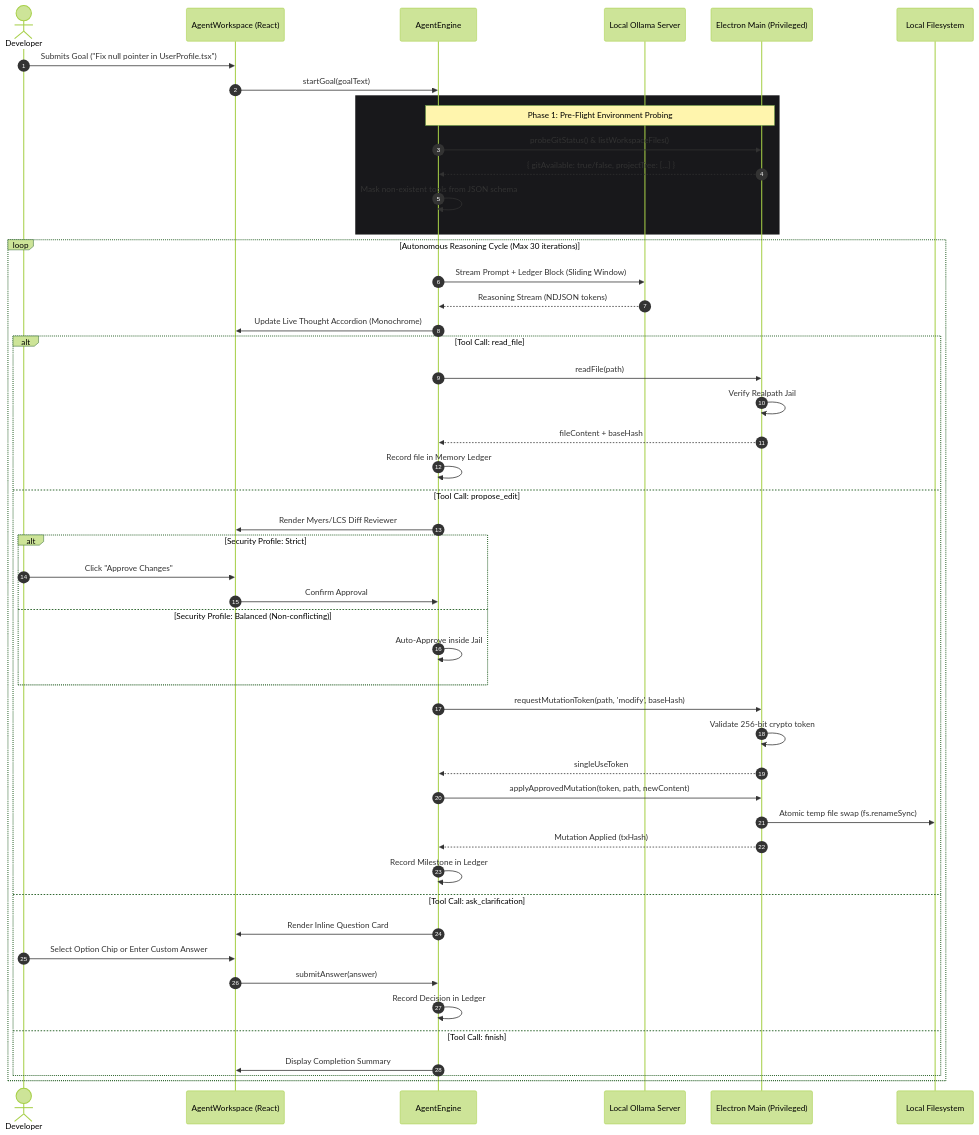
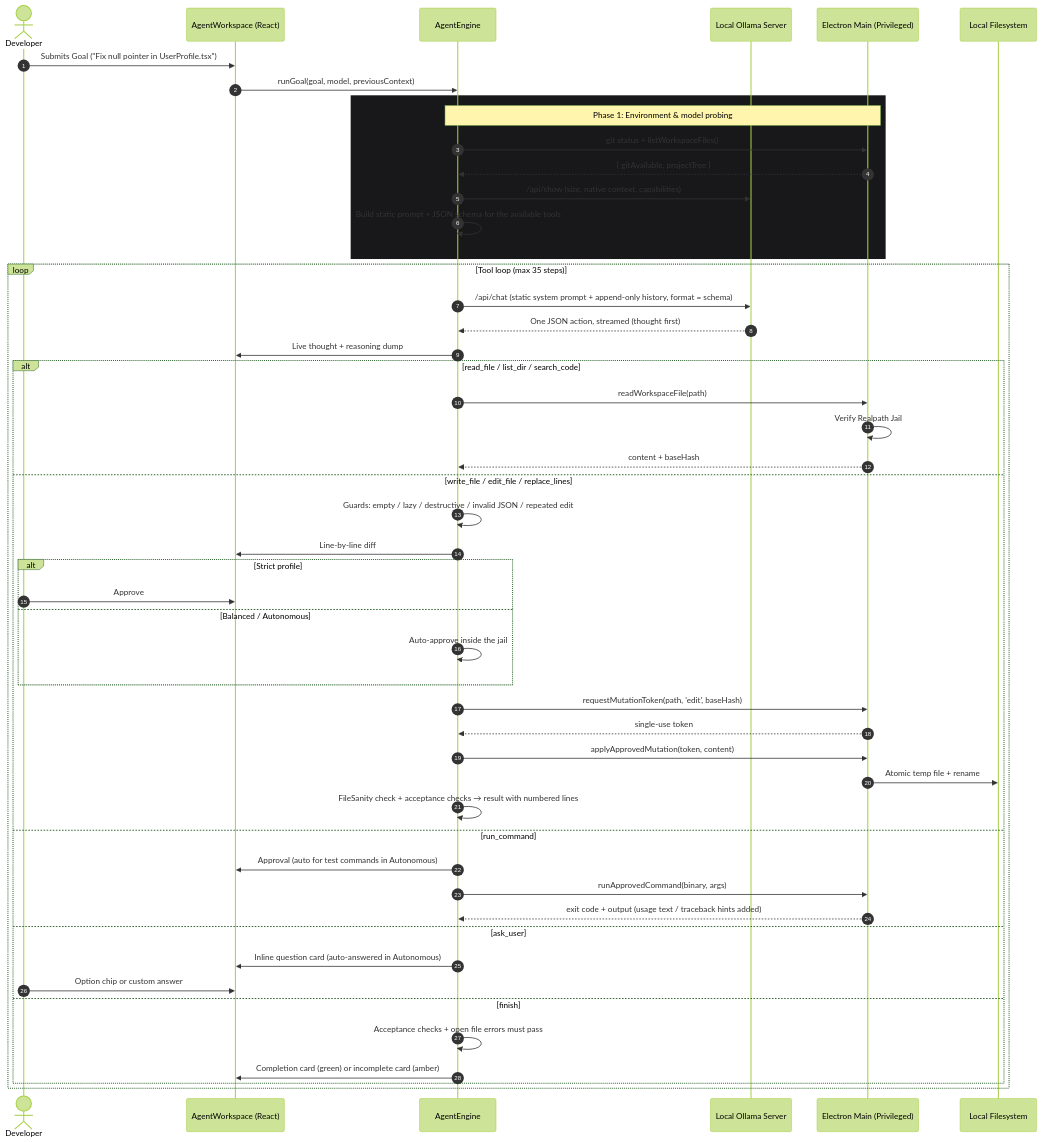
One commit to daristanapeyvan/emircode changed the diagram in ARCHITECTURE.md. Above: the diagram before and after it, drawn with Mermaid (forest theme). The commit also changed other lines of this file and 42 other files, not shown here.

````diff
--- a/ARCHITECTURE.md
+++ b/ARCHITECTURE.md
@@ -78,56 +83,56 @@
 ```mermaid
 sequenceDiagram
     autonumber
     actor Dev as Developer
     participant UI as AgentWorkspace (React)
     participant Engine as AgentEngine
     participant Ollama as Local Ollama Server
     participant Main as Electron Main (Privileged)
     participant Disk as Local Filesystem
 
     Dev->>UI: Submits Goal ("Fix null pointer in UserProfile.tsx")
-    UI->>Engine: startGoal(goalText)
+    UI->>Engine: runGoal(goal, model, previousContext)
     
     rect rgb(24, 24, 27)
-        Note over Engine,Main: Phase 1: Pre-Flight Environment Probing
-        Engine->>Main: probeGitStatus() & listWorkspaceFiles()
-        Main-->>Engine: { gitAvailable: true/false, projectTree: [...] }
-        Engine->>Engine: Mask non-existent tools from JSON schema
+        Note over Engine,Main: Phase 1: Environment & model probing
+        Engine->>Main: git status + listWorkspaceFiles()
+        Main-->>Engine: { gitAvailable, projectTree }
+        Engine->>Ollama: /api/show (size, native context, capabilities)
+        Engine->>Engine: Build static prompt + JSON schema for the available tools
     end
 
-    loop Autonomous Reasoning Cycle (Max 30 iterations)
-        Engine->>Ollama: Stream Prompt + Ledger Block (Sliding Window)
-        Ollama-->>Engine: Reasoning Stream (NDJSON tokens)
-        Engine->>UI: Update Live Thought Accordion (Monochrome)
+    loop Tool loop (max 35 steps)
+        Engine->>Ollama: /api/chat (static system prompt + append-only history, format = schema)
+        Ollama-->>Engine: One JSON action, streamed (thought first)
+        Engine->>UI: Live thought + reasoning dump
         
-        alt Tool Call: read_file
-            Engine->>Main: readFile(path)
+        alt read_file / list_dir / search_code
+            Engine->>Main: readWorkspaceFile(path)
             Main->>Main: Verify Realpath Jail
-            Main-->>Engine: fileContent + baseHash
-            Engine->>Engine: Record file in Memory Ledger
-        else Tool Call: propose_edit
-            Engine->>UI: Render Myers/LCS Diff Reviewer
-            alt Security Profile: Strict
-                Dev->>UI: Click "Approve Changes"
-                UI->>Engine: Confirm Approval
-            else Security Profile: Balanced (Non-conflicting)
-                Engine->>Engine: Auto-Approve inside Jail
+            Main-->>Engine: content + baseHash
+        else write_file / edit_file / replace_lines
+            Engine->>Engine: Guards: empty / lazy / destructive / invalid JSON / repeated edit
+            Engine->>UI: Line-by-line diff
+            alt Strict profile
+                Dev->>UI: Approve
+            else Balanced / Autonomous
+                Engine->>Engine: Auto-approve inside the jail
             end
-            
-            Engine->>Main: requestMutationToken(path, 'modify', baseHash)
-            Main->>Main: Validate 256-bit crypto token
-            Main-->>Engine: singleUseToken
-            Engine->>Main: applyApprovedMutation(token, path, newContent)
-            Main->>Disk: Atomic temp file swap (fs.renameSync)
-            Main-->>Engine: Mutation Applied (txHash)
-            Engine->>Engine: Record Milestone in Ledger
-        else Tool Call: ask_clarification
-            Engine->>UI: Render Inline Question Card
-            Dev->>UI: Select Option Chip or Enter Custom Answer
-            UI->>Engine: submitAnswer(answer)
-            Engine->>Engine: Record Decision in Ledger
-        else Tool Call: finish
-            Engine->>UI: Display Completion Summary
+            Engine->>Main: requestMutationToken(path, 'edit', baseHash)
+            Main-->>Engine: single-use token
+            Engine->>Main: applyApprovedMutation(token, content)
+            Main->>Disk: Atomic temp file + rename
+            Engine->>Engine: FileSanity check + acceptance checks → result with numbered lines
+        else run_command
+            Engine->>UI: Approval (auto for test commands in Autonomous)
+            Engine->>Main: runApprovedCommand(binary, args)
+            Main-->>Engine: exit code + output (usage text / traceback hints added)
+        else ask_user
+            Engine->>UI: Inline question card (auto-answered in Autonomous)
+            Dev->>UI: Option chip or custom answer
+        else finish
+            Engine->>Engine: Acceptance checks + open file errors must pass
+            Engine->>UI: Completion card (green) or incomplete card (amber)
         end
     end
 ```
````
